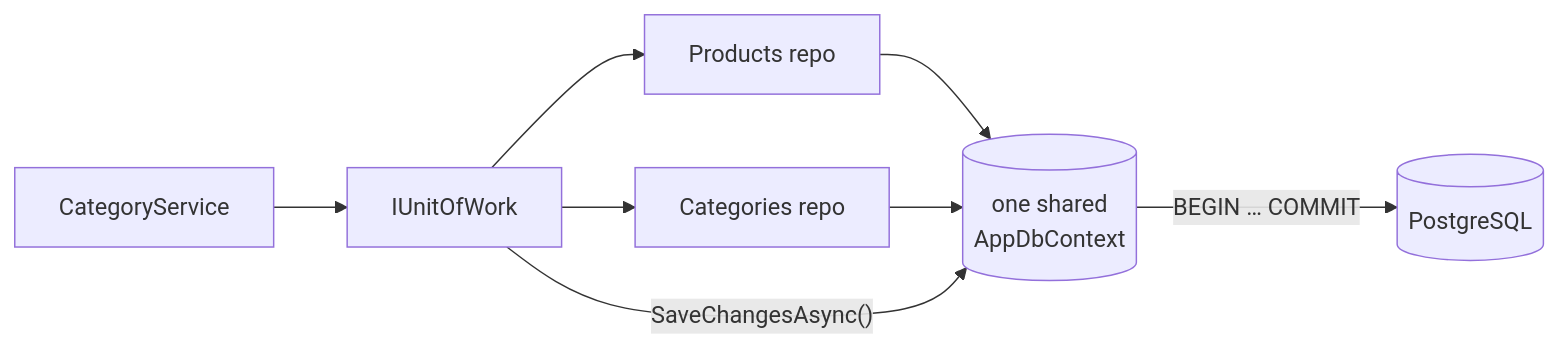
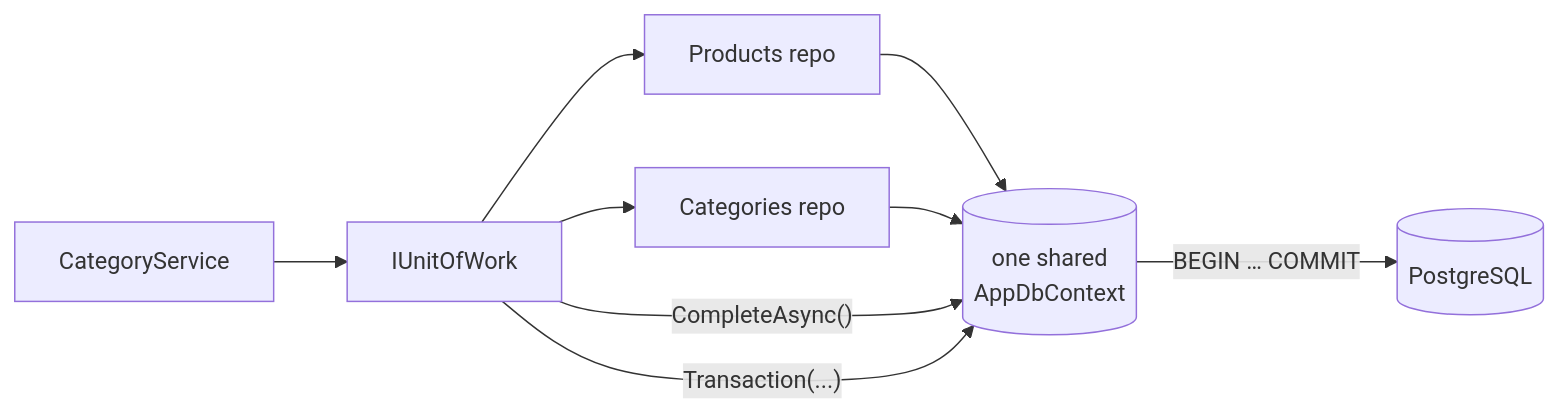
Before and after one commit to wesamkhateeb98-creator/clean-architecture-uow-repository: the first of 3 diagrams in docs/02-unit-of-work.md, drawn with Mermaid. The commit also changed other lines of this file and 73 other files, not shown here.

Commit message:
refactor: align Shop.Demo with clean-architecture template (Abstracts, IEntity, CompleteAsync/Transaction, Presentation layer)

````diff
--- a/docs/02-unit-of-work.md
+++ b/docs/02-unit-of-work.md
@@ -7,10 +7,11 @@
 ```mermaid
 flowchart LR
     S[CategoryService] --> U[IUnitOfWork]
     U --> P[Products repo]
     U --> C[Categories repo]
     P --> Ctx[(one shared<br/>AppDbContext)]
     C --> Ctx
-    U -->|"SaveChangesAsync()"| Ctx
+    U -->|"CompleteAsync()"| Ctx
+    U -->|"Transaction(...)"| Ctx
     Ctx -->|"BEGIN … COMMIT"| DB[(PostgreSQL)]
 ```
````
